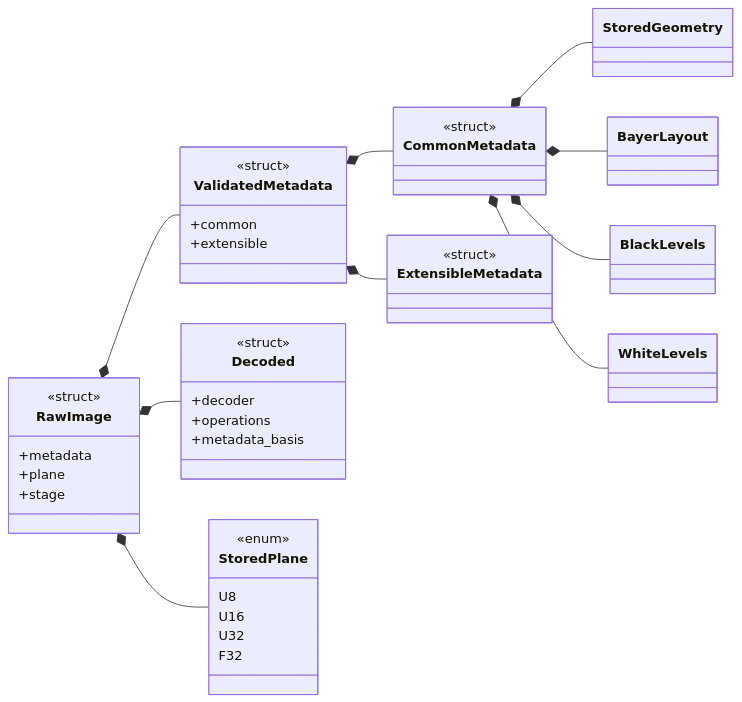
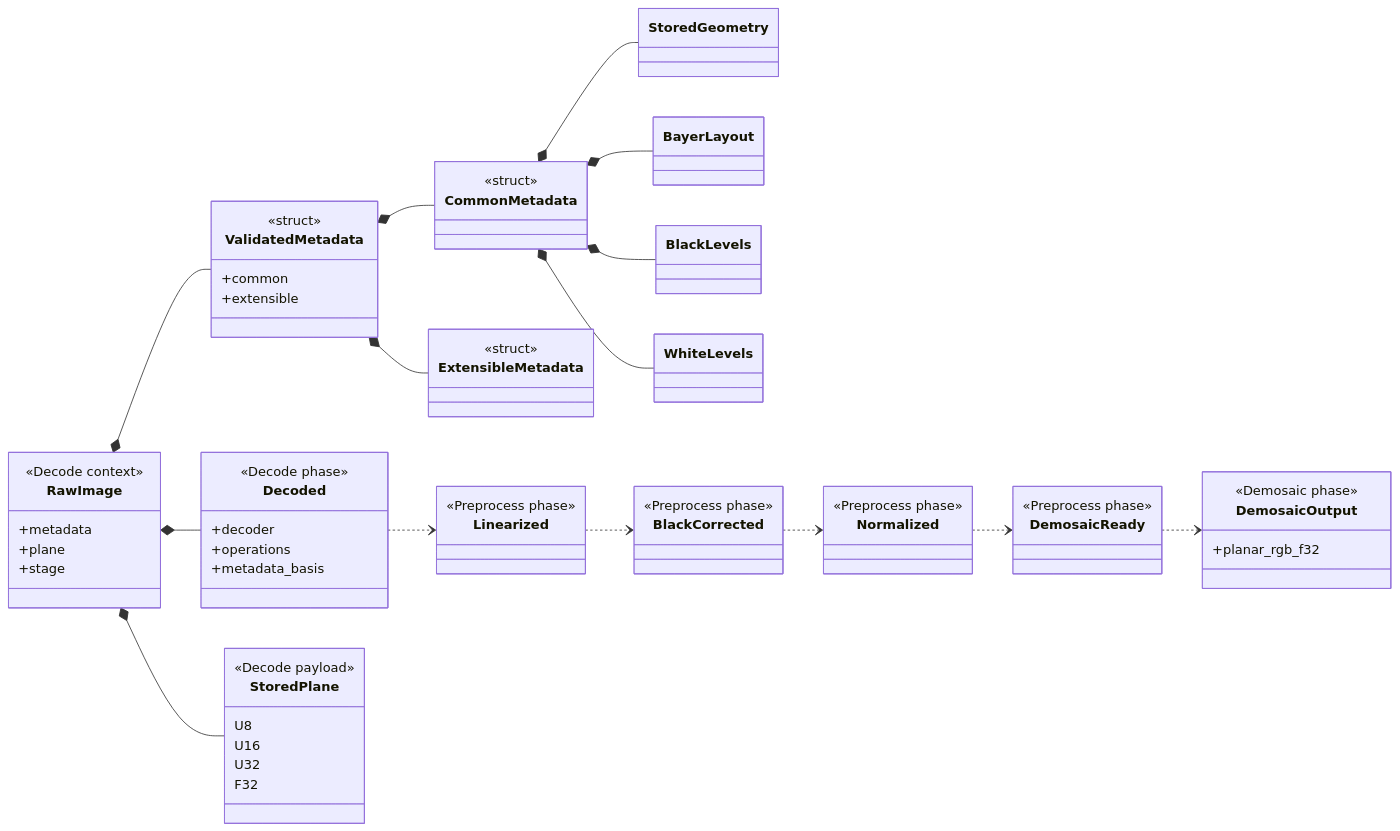
The diagram in docs/raw-pipeline/raw-image-struct.md (Glatzel/fornax), drawn with Mermaid before and after one commit. The commit also changed other lines of this file and 2 other files, not shown here.

Commit message:
docs(raw-pipeline): label phases in all charts

````diff
--- a/docs/raw-pipeline/raw-image-struct.md
+++ b/docs/raw-pipeline/raw-image-struct.md
@@ -9,48 +9,69 @@
 ```mermaid
 classDiagram
     direction LR
     class RawImage {
-        <<struct>>
+        <<Decode context>>
         +metadata
         +plane
         +stage
     }
     class ValidatedMetadata {
         <<struct>>
         +common
         +extensible
     }
     class CommonMetadata {
         <<struct>>
     }
     class ExtensibleMetadata {
         <<struct>>
     }
     class StoredGeometry
     class BayerLayout
     class BlackLevels
     class WhiteLevels
     class Decoded {
-        <<struct>>
+        <<Decode phase>>
         +decoder
         +operations
         +metadata_basis
     }
     class StoredPlane {
-        <<enum>>
+        <<Decode payload>>
         U8
         U16
         U32
         F32
+    }
+    class Linearized {
+        <<Preprocess phase>>
+    }
+    class BlackCorrected {
+        <<Preprocess phase>>
+    }
+    class Normalized {
+        <<Preprocess phase>>
+    }
+    class DemosaicReady {
+        <<Preprocess phase>>
+    }
+    class DemosaicOutput {
+        <<Demosaic phase>>
+        +planar_rgb_f32
     }
 
     RawImage *-- ValidatedMetadata
     RawImage *-- StoredPlane
     RawImage *-- Decoded
     ValidatedMetadata *-- CommonMetadata
     ValidatedMetadata *-- ExtensibleMetadata
     CommonMetadata *-- StoredGeometry
     CommonMetadata *-- BayerLayout
     CommonMetadata *-- BlackLevels
     CommonMetadata *-- WhiteLevels
+    Decoded ..> Linearized
+    Linearized ..> BlackCorrected
+    BlackCorrected ..> Normalized
+    Normalized ..> DemosaicReady
+    DemosaicReady ..> DemosaicOutput
 ```
````
